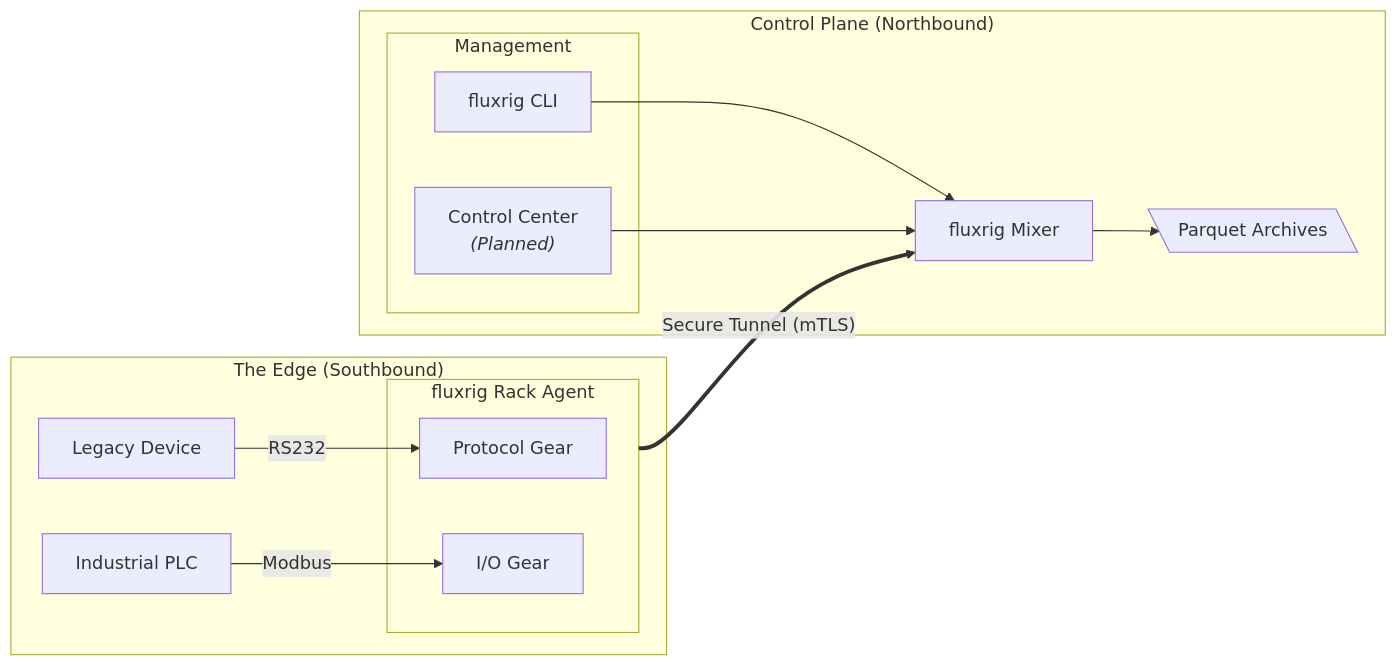
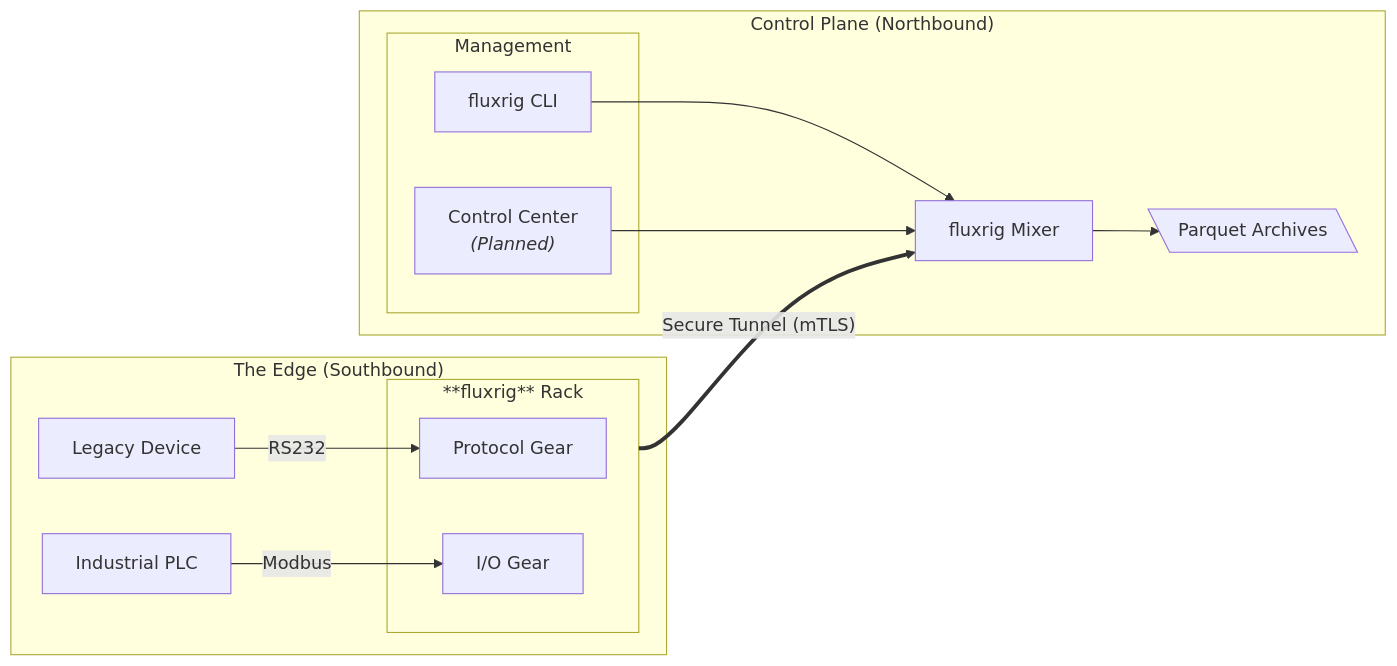
Before and after one commit to fluxrig/website: the diagram in docs/index.md, drawn with Mermaid. The commit also changed other lines of this file and 38 other files, not shown here.

````diff
--- a/docs/index.md
+++ b/docs/index.md
@@ -41,25 +41,25 @@
 ```mermaid
 flowchart LR
     subgraph Southbound ["The Edge (Southbound)"]
         Pinpad[Legacy Device]
         PLC[Industrial PLC]
-        subgraph Rack_A [fluxrig Rack Agent]
+        subgraph Rack_A [**fluxrig** Rack]
             GearSerial[Protocol Gear]
             GearIO[I/O Gear]
         end
         Pinpad -->|RS232| GearSerial
         PLC -->|Modbus| GearIO
     end
     subgraph Cloud ["Control Plane (Northbound)"]
         Mixer[fluxrig Mixer]
         Warehouse[\Parquet Archives\]
         subgraph Ops ["Management"]
             CLI[fluxrig CLI]
             Studio["Control Center <br/><i>(Planned)</i>"]
         end
     end
     Rack_A == "Secure Tunnel (mTLS)" ==> Mixer
     CLI --> Mixer
     Studio --> Mixer
     Mixer --> Warehouse
 ```
````
